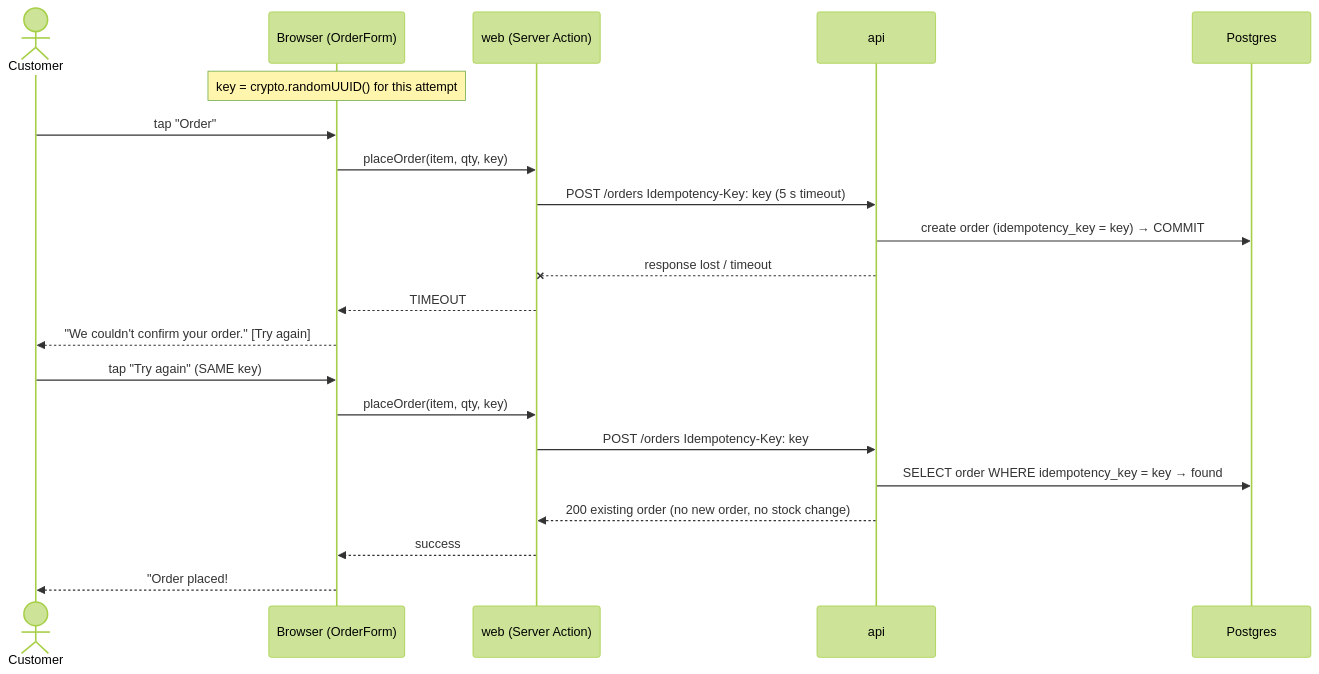
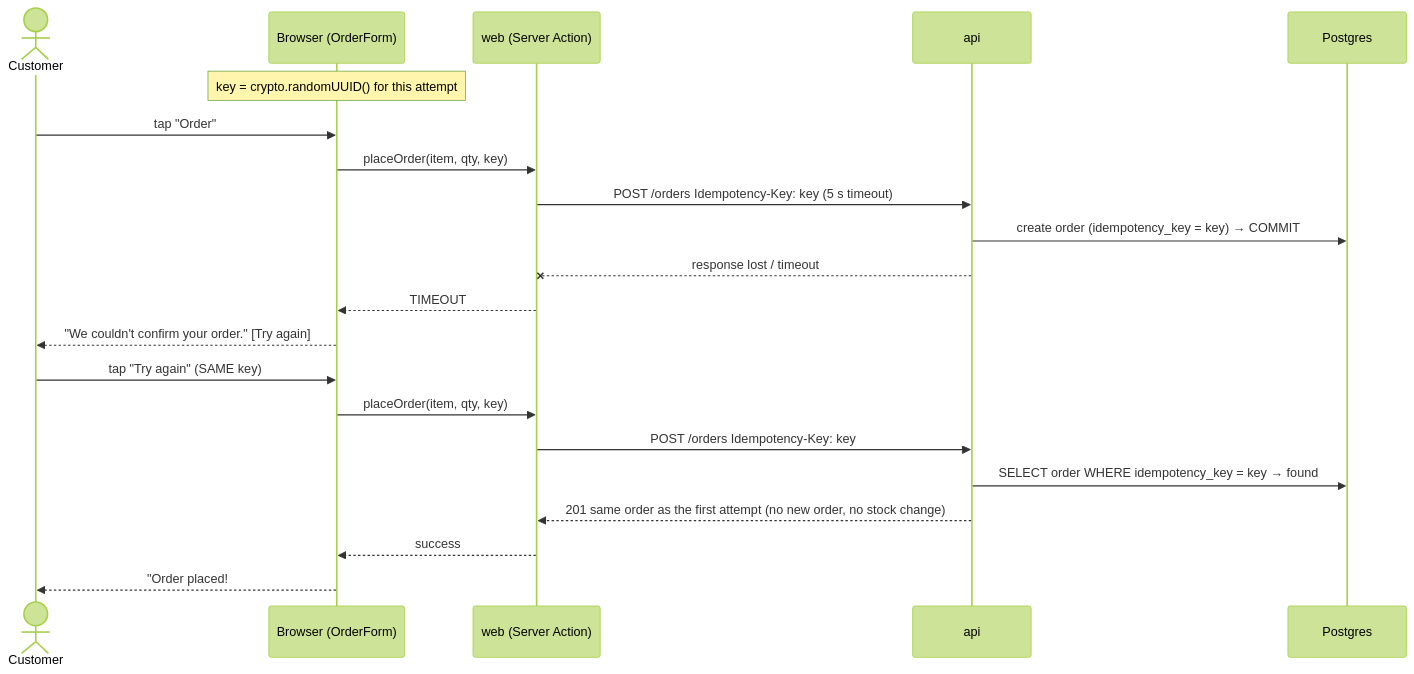
Before and after one commit to pitipume/noahs-kiosk: the fourth of 5 diagrams in docs/03-flows.md, drawn with Mermaid (forest theme). The commit also changed 22 other files, not shown here.

````diff
--- a/docs/03-flows.md
+++ b/docs/03-flows.md
@@ -98,23 +98,23 @@
 ```mermaid
 sequenceDiagram
     actor C as Customer
     participant B as Browser (OrderForm)
     participant W as web (Server Action)
     participant A as api
     participant D as Postgres
     Note over B: key = crypto.randomUUID() for this attempt
     C->>B: tap "Order"
     B->>W: placeOrder(item, qty, key)
     W->>A: POST /orders  Idempotency-Key: key  (5 s timeout)
     A->>D: create order (idempotency_key = key) → COMMIT
     A--xW: response lost / timeout
     W-->>B: TIMEOUT
     B-->>C: "We couldn't confirm your order." [Try again]
     C->>B: tap "Try again" (SAME key)
     B->>W: placeOrder(item, qty, key)
     W->>A: POST /orders  Idempotency-Key: key
     A->>D: SELECT order WHERE idempotency_key = key → found
-    A-->>W: 200 existing order (no new order, no stock change)
+    A-->>W: 201 same order as the first attempt (no new order, no stock change)
     W-->>B: success
     B-->>C: "Order placed! #3F9A12C0"
 ```
````
